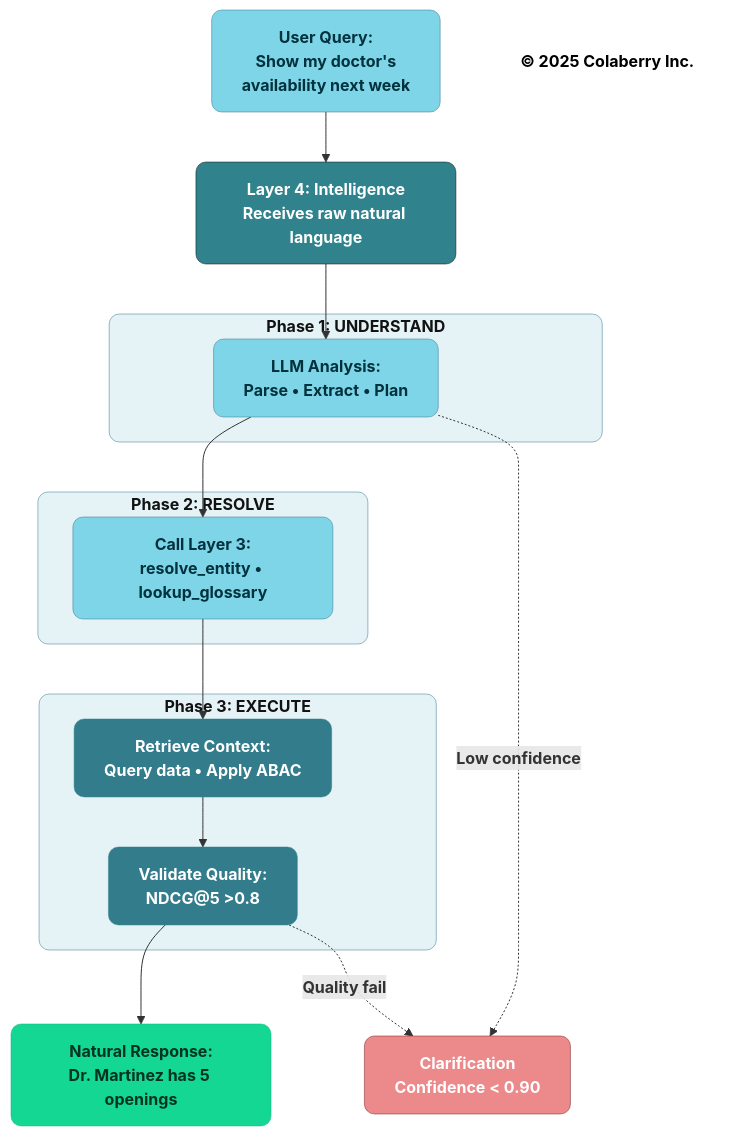
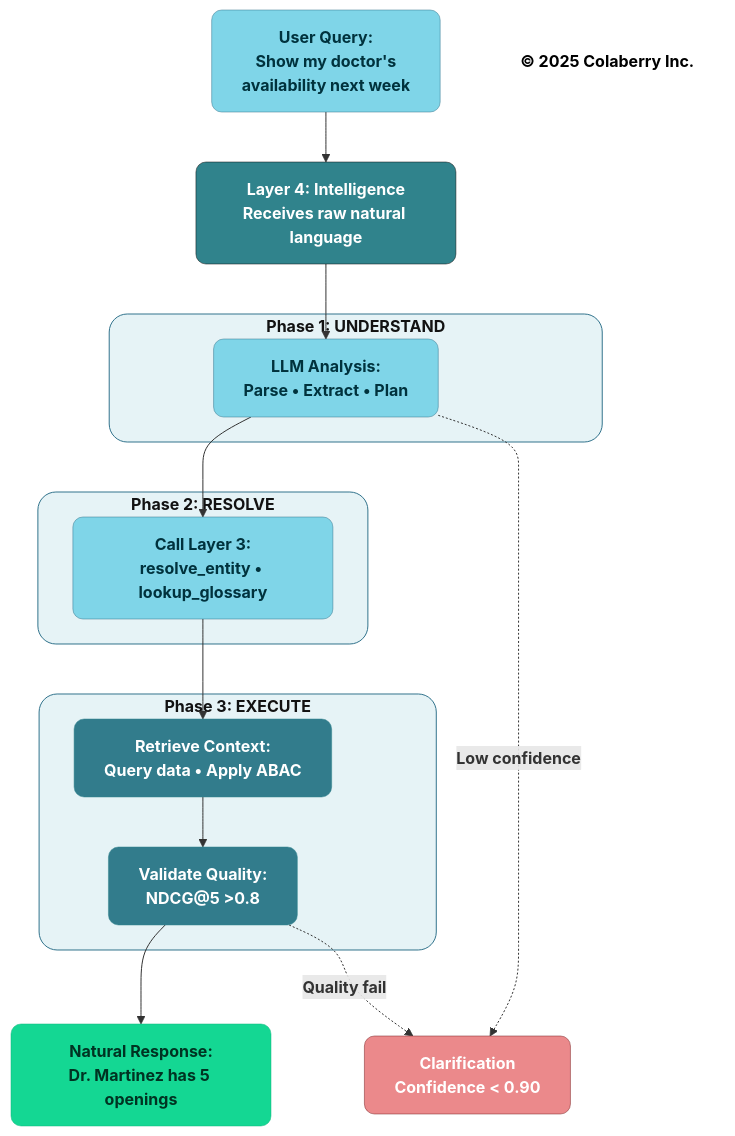
Before and after one commit to saitejesh-cyber/trust-before-intelligence-book: the tenth of 14 diagrams in manuscript/08_chapter_7_goals_framework.md, drawn with Mermaid. The commit also changed other lines of this file and 12 other files, not shown here.

````diff
--- a/manuscript/08_chapter_7_goals_framework.md
+++ b/manuscript/08_chapter_7_goals_framework.md
@@ -1236,50 +1236,50 @@
 ```mermaid
 graph TB
     NL["<b>User Query:</b><br/><b>Show my doctor's</b><br/><b>availability next week</b>"]
     
     NL --> L4["<b>Layer 4: Intelligence</b><br/><b>Receives raw natural language</b>"]
     
     subgraph PHASE1["<b>Phase 1: UNDERSTAND</b>"]
         P1["<b>LLM Analysis:</b><br/><b>Parse • Extract • Plan</b>"]
     end
     
     subgraph PHASE2["<b>Phase 2: RESOLVE</b>"]
         P2["<b>Call Layer 3:</b><br/><b>resolve_entity • lookup_glossary</b>"]
     end
     
     subgraph PHASE3["<b>Phase 3: EXECUTE</b>"]
         P3A["<b>Retrieve Context:</b><br/><b>Query data • Apply ABAC</b>"]
         P3B["<b>Validate Quality:</b><br/><b>NDCG@5 >0.8</b>"]
     end
     
     CLARIFY["<b>Clarification</b><br/><b>Confidence < 0.90</b>"]
     
     RESULT["<b>Natural Response:</b><br/><b>Dr. Martinez has 5 openings</b>"]
     
     L4 --> P1
     P1 --> P2
     P2 --> P3A
     P3A --> P3B
     P3B --> RESULT
     
     P1 -.->|<b>Low confidence</b>| CLARIFY
     P3B -.->|<b>Quality fail</b>| CLARIFY
     
     style NL fill:#7FD5E8,stroke:#32738C,stroke-width:0.5px,color:#00323D,rx:10,ry:10
     style L4 fill:#30838C,stroke:#0D0D0D,stroke-width:0.5px,color:#ffffff,rx:10,ry:10
     
-    style PHASE1 fill:#E6F3F6,stroke:#32738C,stroke-width:0.5px,color:#121212,rx:10,ry:10
-    style PHASE2 fill:#E6F3F6,stroke:#32738C,stroke-width:0.5px,color:#121212,rx:10,ry:10
-    style PHASE3 fill:#E6F3F6,stroke:#32738C,stroke-width:0.5px,color:#121212,rx:10,ry:10
+    style PHASE1 fill:#E6F3F6,stroke:#32738C,stroke-width:1px,color:#121212,rx:18,ry:18
+    style PHASE2 fill:#E6F3F6,stroke:#32738C,stroke-width:1px,color:#121212,rx:18,ry:18
+    style PHASE3 fill:#E6F3F6,stroke:#32738C,stroke-width:1px,color:#121212,rx:18,ry:18
     
     style P1 fill:#7FD5E8,stroke:#32738C,stroke-width:0.5px,color:#00323D,rx:10,ry:10
     style P2 fill:#7FD5E8,stroke:#32738C,stroke-width:0.5px,color:#00323D,rx:10,ry:10
     style P3A fill:#327C8C,stroke:#30838C,stroke-width:0.5px,color:#ffffff,rx:10,ry:10
     style P3B fill:#327C8C,stroke:#30838C,stroke-width:0.5px,color:#ffffff,rx:10,ry:10
     
     style RESULT fill:#14D793,stroke:#0FB67D,stroke-width:0.5px,color:#003322,rx:10,ry:10
     style CLARIFY fill:#EB898B,stroke:#7A1F22,stroke-width:0.5px,color:#ffffff,rx:10,ry:10
     
     Copyright["<b>© 2025 Colaberry Inc.</b>"]
     style Copyright fill:none,stroke:none,stroke-width:0.5px,color:#000000
 ```
````
